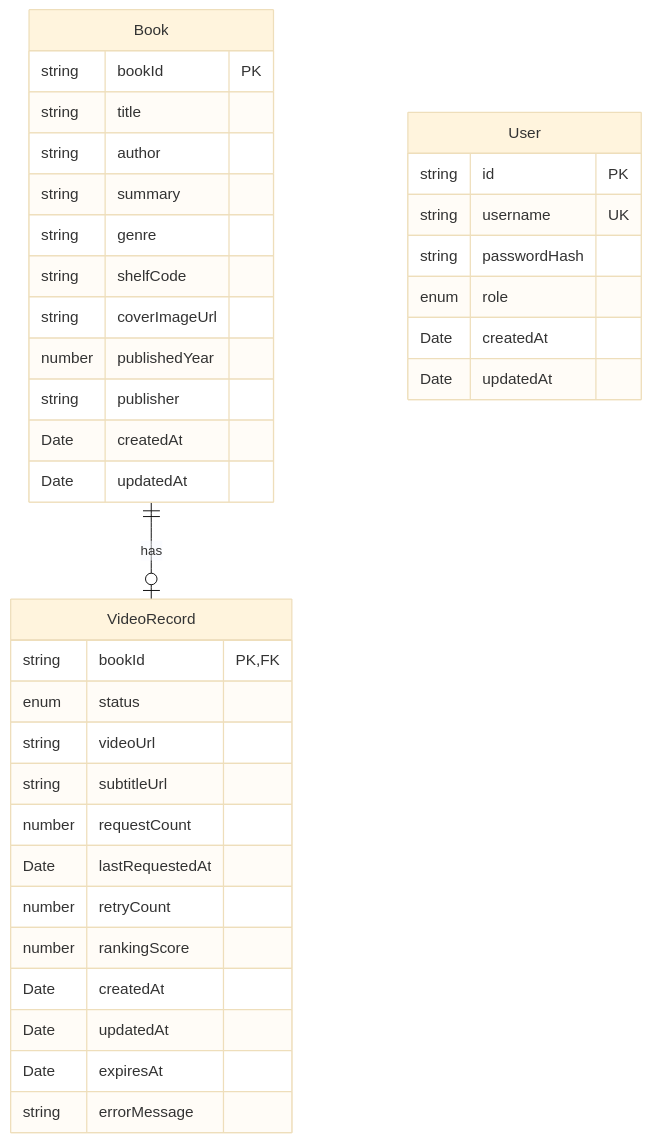
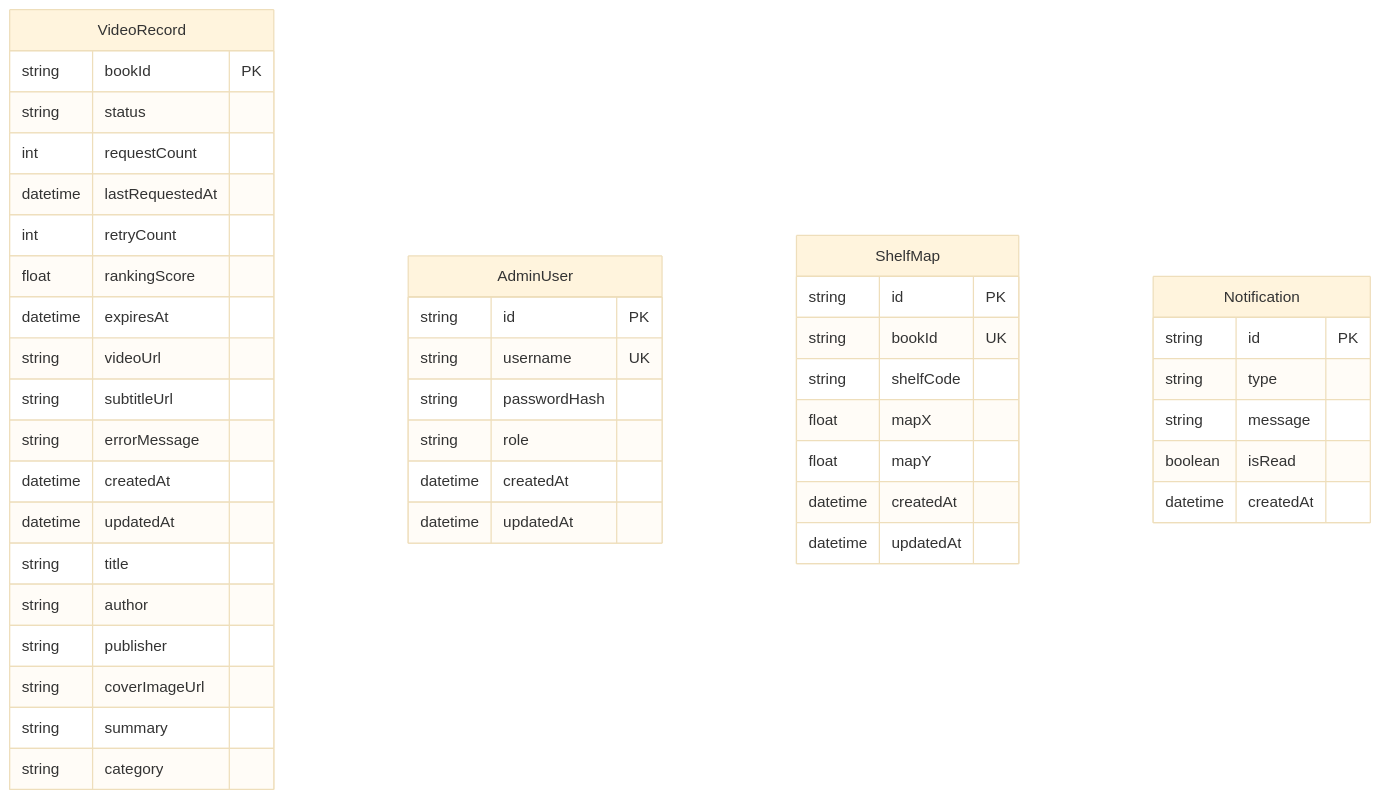
One commit to Villion-inc/Smart-DID changed the diagram in library-did-main/docs/ERD.md. Above: the diagram before and after it, drawn with Mermaid (base theme). The commit also changed other lines of this file and 66 other files, not shown here.

````diff
--- a/library-did-main/docs/ERD.md
+++ b/library-did-main/docs/ERD.md
@@ -112,42 +94,50 @@
 ```mermaid
 erDiagram
-    Book ||--o| VideoRecord : "has"
-
-    Book {
+    VideoRecord {
         string bookId PK
+        string status
+        int requestCount
+        datetime lastRequestedAt
+        int retryCount
+        float rankingScore
+        datetime expiresAt
+        string videoUrl
+        string subtitleUrl
+        string errorMessage
+        datetime createdAt
+        datetime updatedAt
         string title
         string author
+        string publisher
+        string coverImageUrl
         string summary
-        string genre
-        string shelfCode
-        string coverImageUrl
-        number publishedYear
-        string publisher
-        Date createdAt
-        Date updatedAt
+        string category
     }
 
-    VideoRecord {
-        string bookId PK,FK
-        enum status
-        string videoUrl
-        string subtitleUrl
-        number requestCount
-        Date lastRequestedAt
-        number retryCount
-        number rankingScore
-        Date createdAt
-        Date updatedAt
-        Date expiresAt
-        string errorMessage
-    }
-
-    User {
+    AdminUser {
         string id PK
         string username UK
         string passwordHash
-        enum role
-        Date createdAt
-        Date updatedAt
+        string role
+        datetime createdAt
+        datetime updatedAt
+    }
+
+    ShelfMap {
+        string id PK
+        string bookId UK
+        string shelfCode
+        float mapX
+        float mapY
+        datetime createdAt
+        datetime updatedAt
+    }
+
+    Notification {
+        string id PK
+        string type
+        string message
+        boolean isRead
+        datetime createdAt
     }
 ```
````
